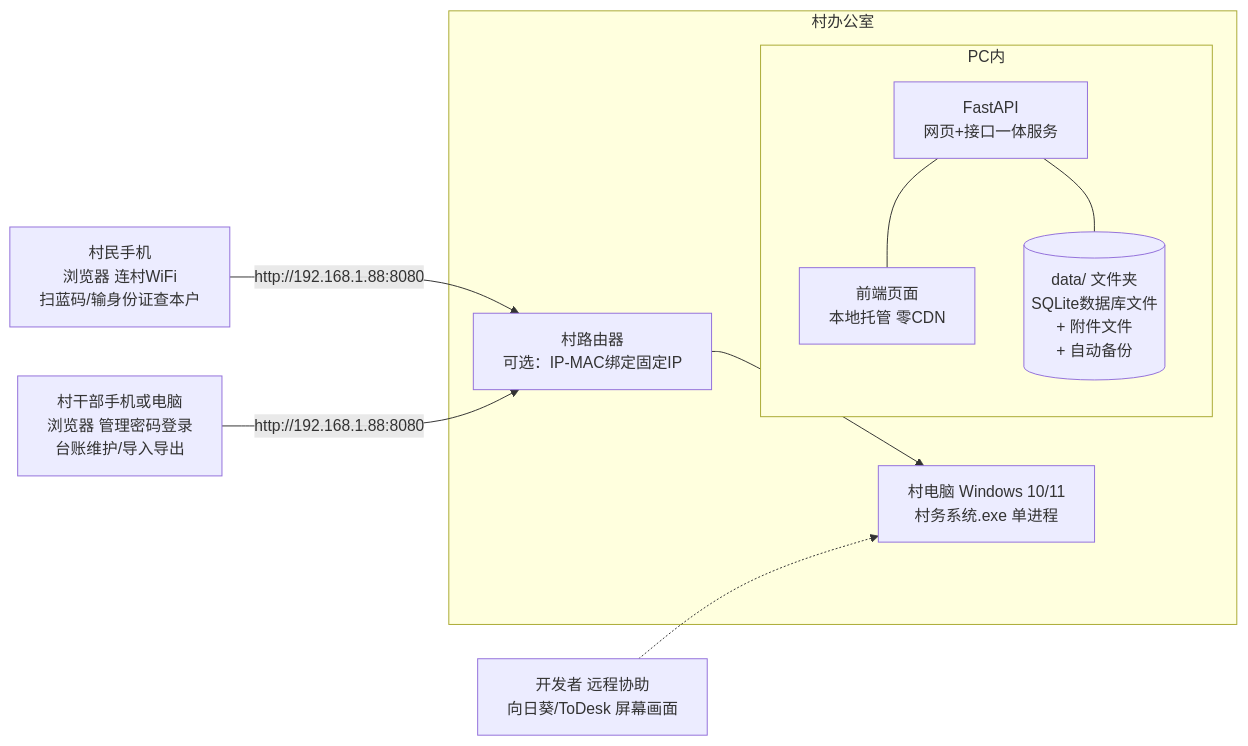
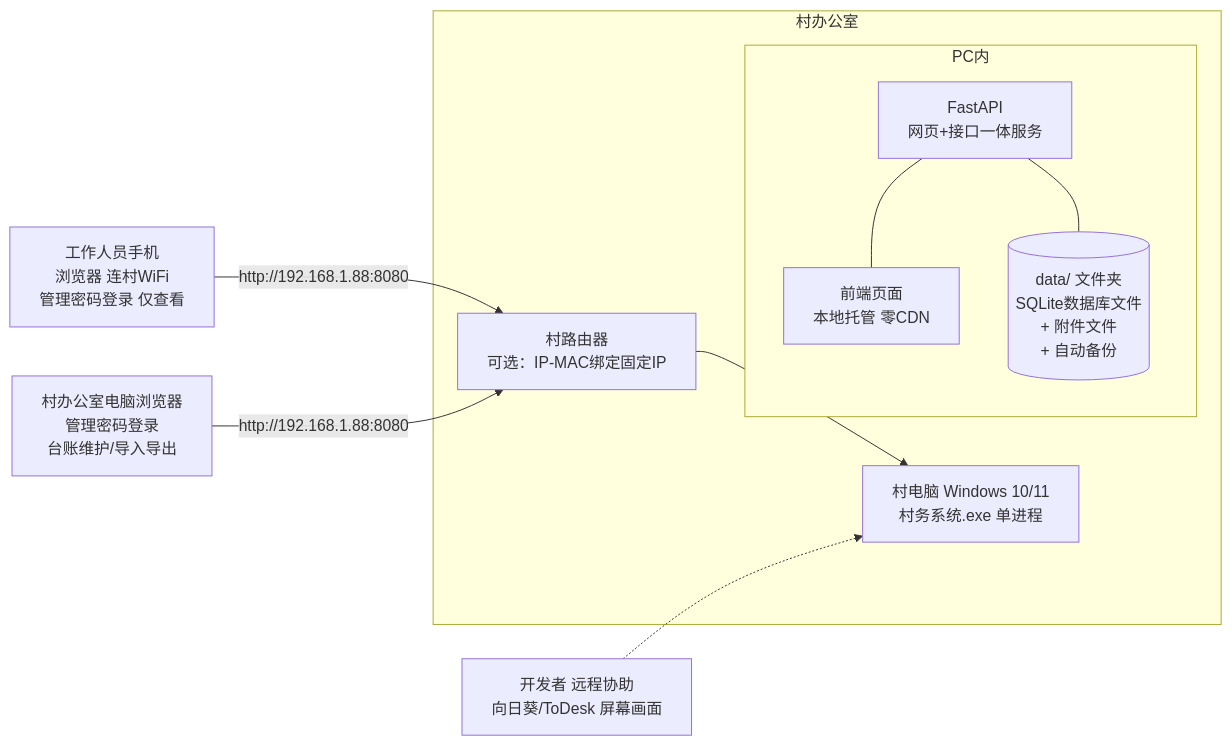
The first of 6 diagrams in docs/superpowers/specs/2026-09-07-村务管理系统-design.md (jiangyangdadao/village-affairs-system), drawn with Mermaid before and after one commit. The commit also changed other lines of this file and 4 other files, not shown here.

````diff
--- a/docs/superpowers/specs/2026-09-07-村务管理系统-design.md
+++ b/docs/superpowers/specs/2026-09-07-村务管理系统-design.md
@@ -51,18 +52,18 @@
 ```mermaid
 flowchart LR
     subgraph 村办公室
         ROUTER[村路由器<br/>可选：IP-MAC绑定固定IP]
         PC[村电脑 Windows 10/11<br/>村务系统.exe 单进程]
         subgraph PC内
             WEB[FastAPI<br/>网页+接口一体服务]
             STATIC[前端页面<br/>本地托管 零CDN]
             DB[(data/ 文件夹<br/>SQLite数据库文件<br/>+ 附件文件<br/>+ 自动备份)]
         end
         WEB --- STATIC
         WEB --- DB
     end
-    VILLAGER[村民手机<br/>浏览器 连村WiFi<br/>扫蓝码/输身份证查本户] -- http://192.168.1.88:8080 --> ROUTER
-    CADRE[村干部手机或电脑<br/>浏览器 管理密码登录<br/>台账维护/导入导出] -- http://192.168.1.88:8080 --> ROUTER
+    MOBILE[工作人员手机<br/>浏览器 连村WiFi<br/>管理密码登录 仅查看] -- http://192.168.1.88:8080 --> ROUTER
+    CADRE[村办公室电脑浏览器<br/>管理密码登录<br/>台账维护/导入导出] -- http://192.168.1.88:8080 --> ROUTER
     ROUTER --> PC
     DEV[开发者 远程协助<br/>向日葵/ToDesk 屏幕画面] -.-> PC
 ```
````
